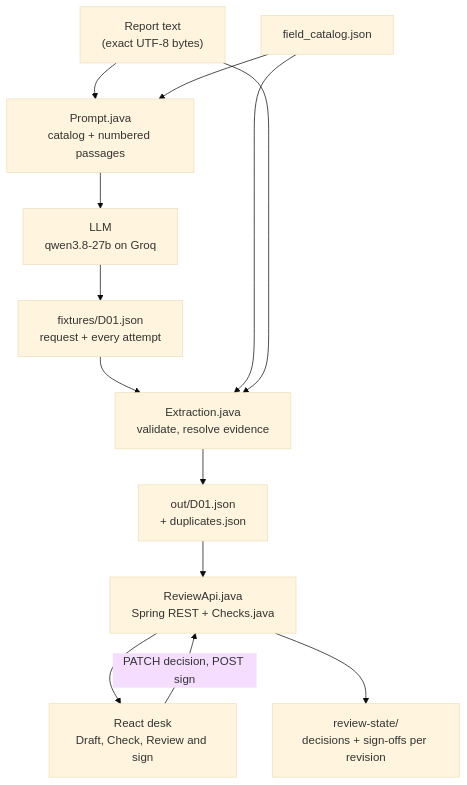
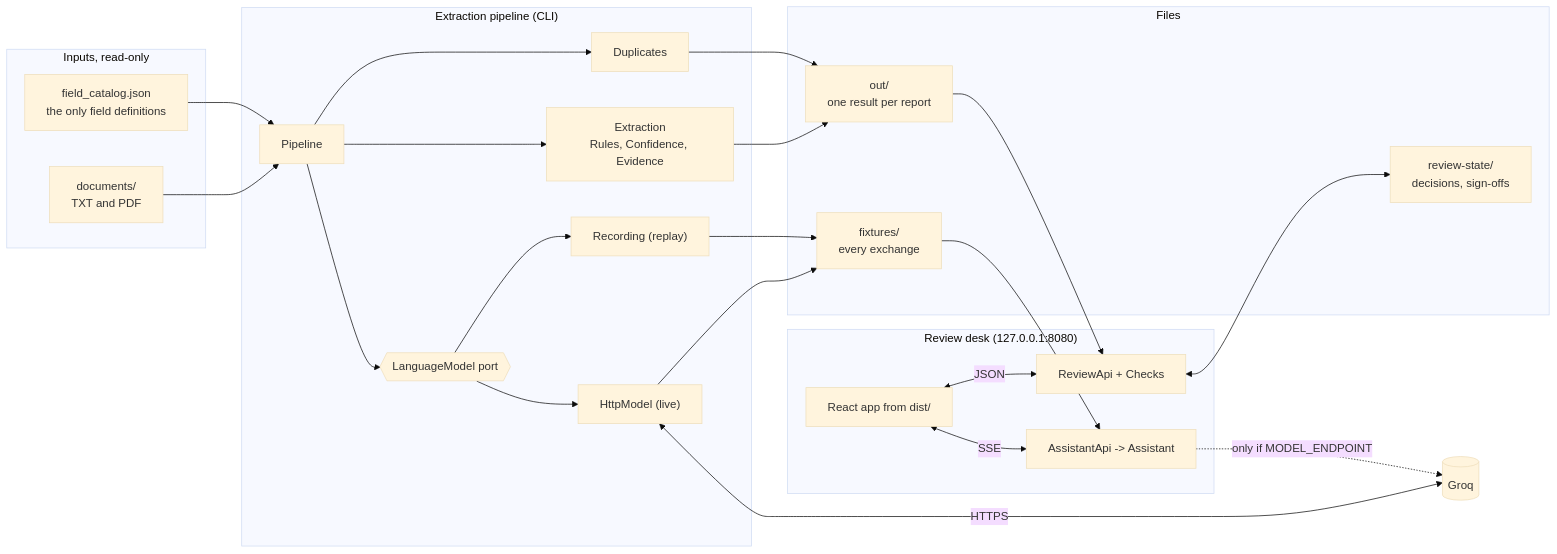
One commit to shubamchaudhary/CodeNITW changed the second of 11 diagrams in src/Data/projectsDocs/TGX-01.md. Above: the diagram before and after it, drawn with Mermaid (base theme). The commit also changed other lines of this file, not shown here.

````diff
--- a/src/Data/projectsDocs/TGX-01.md
+++ b/src/Data/projectsDocs/TGX-01.md
@@ -67,15 +255,37 @@
 ```mermaid
-flowchart TD
-    S["Report text<br/>(exact UTF-8 bytes)"] --> P["Prompt.java<br/>catalog + numbered passages"]
-    C["field_catalog.json"] --> P
-    P --> M["LLM<br/>qwen3.8-27b on Groq"]
-    M --> F["fixtures/D01.json<br/>request + every attempt"]
-    F --> X["Extraction.java<br/>validate, resolve evidence"]
-    C --> X
-    S --> X
-    X --> O["out/D01.json<br/>+ duplicates.json"]
-    O --> A["ReviewApi.java<br/>Spring REST + Checks.java"]
-    A --> U["React desk<br/>Draft, Check, Review and sign"]
-    U -->|"PATCH decision, POST sign"| A
-    A --> R["review-state/<br/>decisions + sign-offs per revision"]
+flowchart LR
+    subgraph IN["Inputs, read-only"]
+      D["documents/<br/>TXT and PDF"]
+      C["field_catalog.json<br/>the only field definitions"]
+    end
+    subgraph PL["Extraction pipeline (CLI)"]
+      P["Pipeline"] --> LM{{"LanguageModel port"}}
+      LM --> HM["HttpModel (live)"]
+      LM --> RC["Recording (replay)"]
+      P --> EX["Extraction<br/>Rules, Confidence, Evidence"]
+      P --> DU["Duplicates"]
+    end
+    subgraph FS["Files"]
+      F["fixtures/<br/>every exchange"]
+      O["out/<br/>one result per report"]
+      R["review-state/<br/>decisions, sign-offs"]
+    end
+    subgraph DK["Review desk (127.0.0.1:8080)"]
+      RA["ReviewApi + Checks"]
+      AA["AssistantApi -> Assistant"]
+      UI["React app from dist/"]
+    end
+    D --> P
+    C --> P
+    HM <-->|HTTPS| G[("Groq")]
+    HM --> F
+    RC --> F
+    EX --> O
+    DU --> O
+    O --> RA
+    RA <--> R
+    F --> AA
+    AA -.->|"only if MODEL_ENDPOINT"| G
+    UI <-->|"JSON"| RA
+    UI <-->|"SSE"| AA
 ```
````
